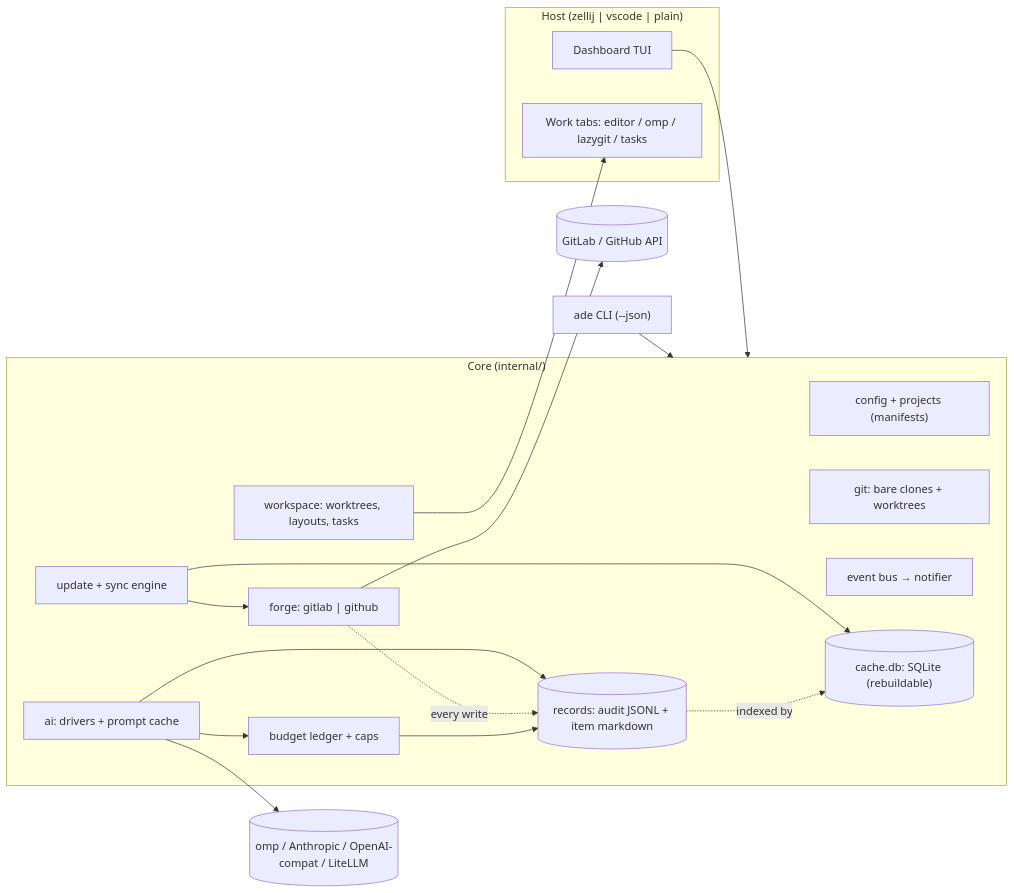
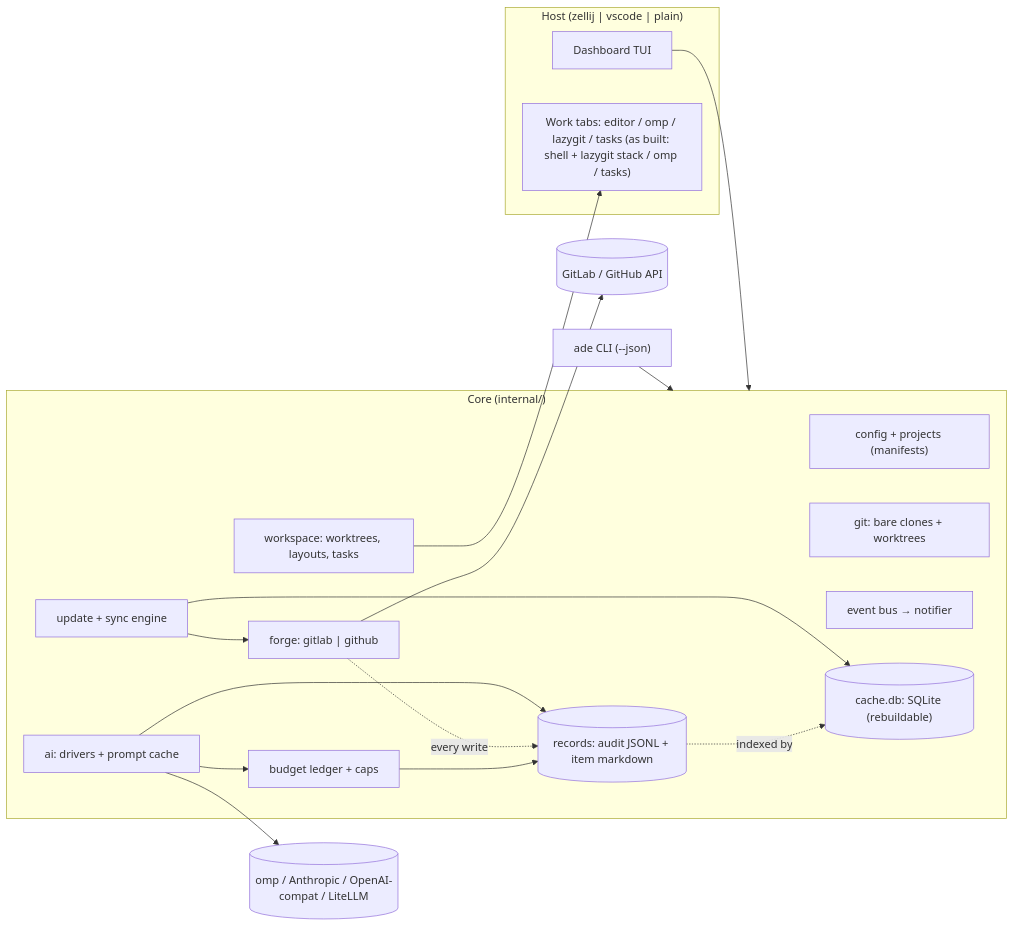
Before and after one commit to coredev-uk/ade: the first of 3 diagrams in docs/PLAN.md, drawn with Mermaid. The commit also changed other lines of this file and 40 other files, not shown here.

First line of the commit message:
feat(workspace)!: a shell and lazygit replace the editor and overview panes, and ade ws close ends a workspace (#52)

````diff
--- a/docs/PLAN.md
+++ b/docs/PLAN.md
@@ -16,30 +16,30 @@
 ```mermaid
 flowchart LR
   subgraph Host["Host (zellij | vscode | plain)"]
     Dash["Dashboard TUI"]
-    Tabs["Work tabs: editor / omp / lazygit / tasks"]
+    Tabs["Work tabs: editor / omp / lazygit / tasks (as built: shell + lazygit stack / omp / tasks)"]
   end
   CLI["ade CLI (--json)"] --> Core
   Dash --> Core
   subgraph Core["Core (internal/)"]
     Cfg["config + projects (manifests)"]
     Sync["update + sync engine"]
     Git["git: bare clones + worktrees"]
     Bus["event bus → notifier"]
     Store[("cache.db: SQLite (rebuildable)")]
     Rec[("records: audit JSONL + item markdown")]
     Forge["forge: gitlab | github"]
     AI["ai: drivers + prompt cache"]
     Budget["budget ledger + caps"]
     WS["workspace: worktrees, layouts, tasks"]
   end
   Sync --> Forge --> API[(GitLab / GitHub API)]
   Sync --> Store
   AI --> Budget
   AI --> Rec
   Forge -. every write .-> Rec
   Budget --> Rec
   Rec -. indexed by .-> Store
   AI --> Providers[(omp / Anthropic / OpenAI-compat / LiteLLM)]
   WS --> Tabs
 ```
````
